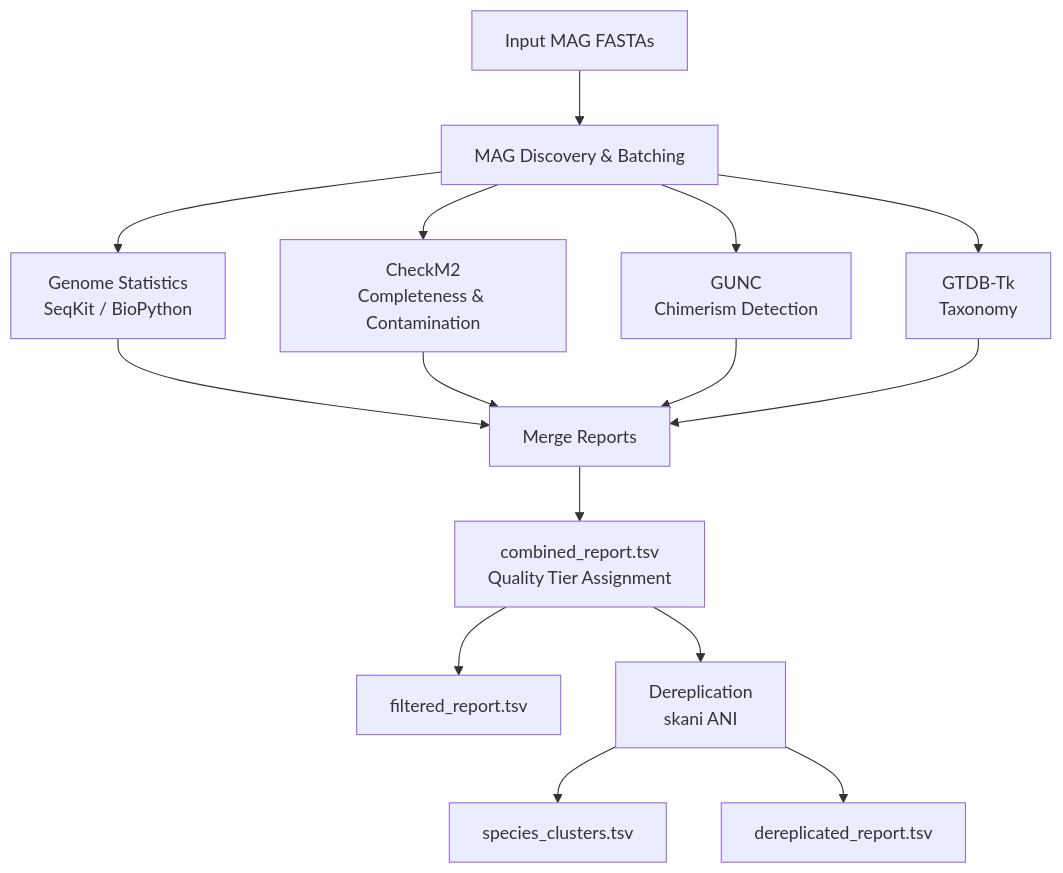
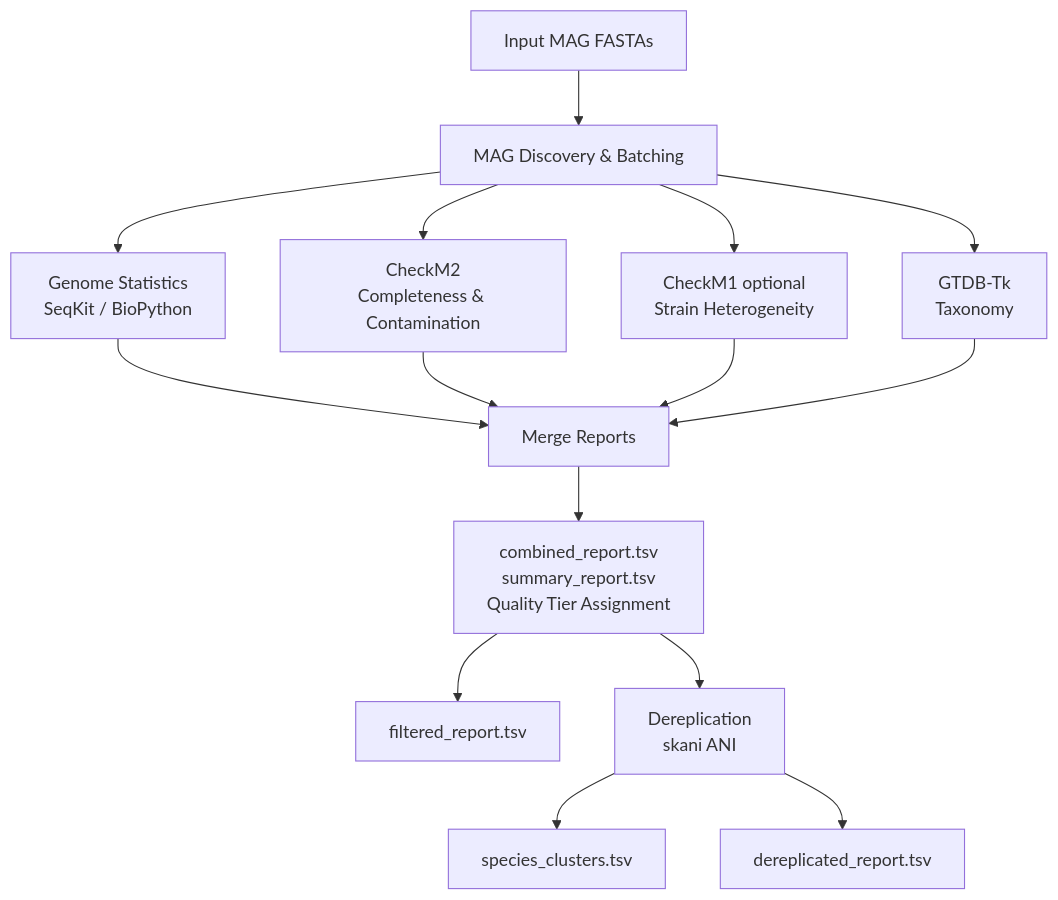
The diagram in docs/pipeline/overview.md (SDmetagenomics/meta-pipeline-MAGDrep), drawn with Mermaid before and after one commit. The commit also changed other lines of this file and 16 other files, not shown here.

````diff
--- a/docs/pipeline/overview.md
+++ b/docs/pipeline/overview.md
@@ -5,17 +5,17 @@
 ```mermaid
 graph TD
     A[Input MAG FASTAs] --> B[MAG Discovery & Batching]
     B --> C[Genome Statistics<br/>SeqKit / BioPython]
     B --> D[CheckM2<br/>Completeness & Contamination]
-    B --> E[GUNC<br/>Chimerism Detection]
+    B --> D2[CheckM1 optional<br/>Strain Heterogeneity]
     B --> F[GTDB-Tk<br/>Taxonomy]
     C --> G[Merge Reports]
     D --> G
-    E --> G
+    D2 --> G
     F --> G
-    G --> H[combined_report.tsv<br/>Quality Tier Assignment]
+    G --> H[combined_report.tsv<br/>summary_report.tsv<br/>Quality Tier Assignment]
     H --> I[filtered_report.tsv]
     H --> J[Dereplication<br/>skani ANI]
     J --> K[species_clusters.tsv]
     J --> L[dereplicated_report.tsv]
 ```
````
